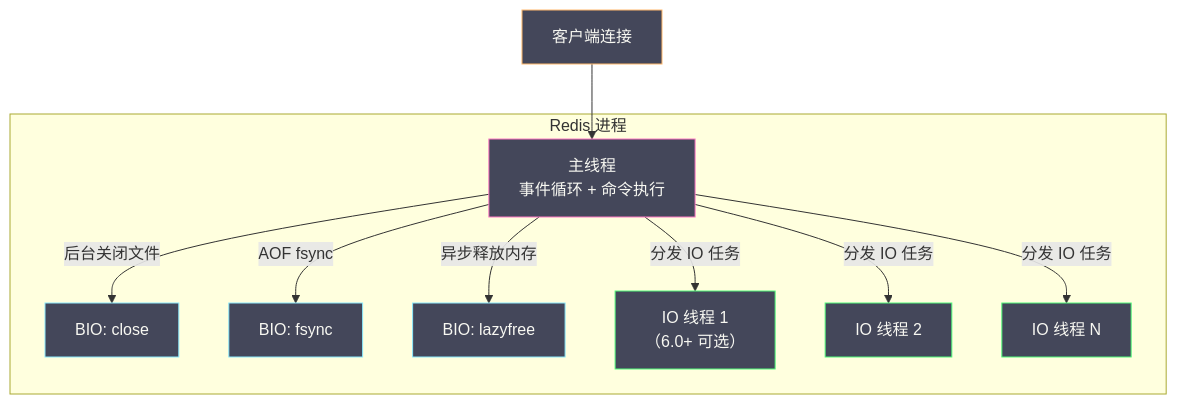
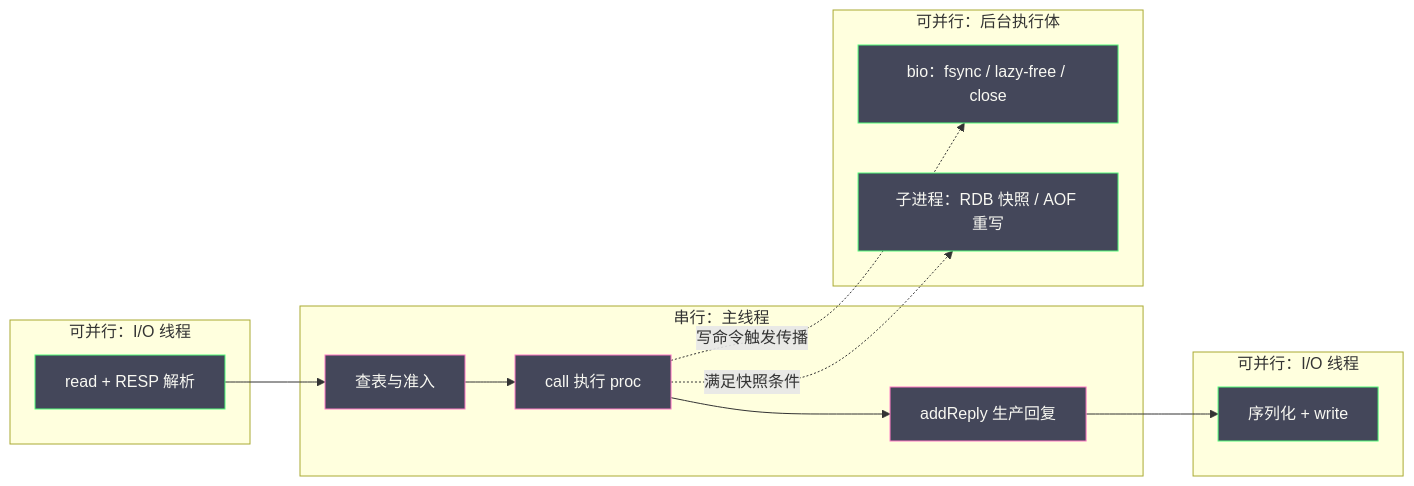
The first of 5 diagrams in content/中间件/Redis/Redis设计与实现/01 Redis 全局架构——一次请求的完整生命周期.md (hpliStartAgain/my-brain), drawn with Mermaid before and after one commit. The commit also changed other lines of this file and 455 other files, not shown here.

````diff
--- a/content/中间件/Redis/Redis设计与实现/01 Redis 全局架构——一次请求的完整生命周期.md
+++ b/content/中间件/Redis/Redis设计与实现/01 Redis 全局架构——一次请求的完整生命周期.md
@@ -34,31 +57,26 @@
 ```mermaid
 %%{init: {'theme': 'dracula'}}%%
-graph TD
-    subgraph "Redis 进程"
-        MT["主线程</br>事件循环 + 命令执行"]
-        BIO1["BIO: close"]
-        BIO2["BIO: fsync"]
-        BIO3["BIO: lazyfree"]
-        IO1["IO 线程 1</br>（6.0+ 可选）"]
-        IO2["IO 线程 2"]
-        IO3["IO 线程 N"]
+flowchart LR
+    subgraph PAR1["可并行：I/O 线程"]
+        P1["read + RESP 解析"]
     end
+    subgraph SER["串行：主线程"]
+        S1["查表与准入"] --> S2["call 执行 proc"] --> S3["addReply 生产回复"]
+    end
+    subgraph PAR2["可并行：I/O 线程"]
+        P2["序列化 + write"]
+    end
+    subgraph BG["可并行：后台执行体"]
+        B1["bio：fsync / lazy-free / close"]
+        B2["子进程：RDB 快照 / AOF 重写"]
+    end
+    P1 --> S1
+    S3 --> P2
+    S2 -.->|"写命令触发传播"| B1
+    S2 -.->|"满足快照条件"| B2
 
-    CLIENT["客户端连接"] --> MT
-    MT -->|"后台关闭文件"| BIO1
-    MT -->|"AOF fsync"| BIO2
-    MT -->|"异步释放内存"| BIO3
-    MT -->|"分发 IO 任务"| IO1
-    MT -->|"分发 IO 任务"| IO2
-    MT -->|"分发 IO 任务"| IO3
-
-    classDef main fill:#44475a,stroke:#ff79c6,color:#f8f8f2
-    classDef bio fill:#44475a,stroke:#8be9fd,color:#f8f8f2
-    classDef io fill:#44475a,stroke:#50fa7b,color:#f8f8f2
-    classDef client fill:#44475a,stroke:#ffb86c,color:#f8f8f2
-
-    class MT main
-    class BIO1,BIO2,BIO3 bio
-    class IO1,IO2,IO3 io
-    class CLIENT client
+    classDef par fill:#44475a,stroke:#50fa7b,color:#f8f8f2
+    classDef ser fill:#44475a,stroke:#ff79c6,color:#f8f8f2
+    class P1,P2,B1,B2 par
+    class S1,S2,S3 ser
 ```
````
